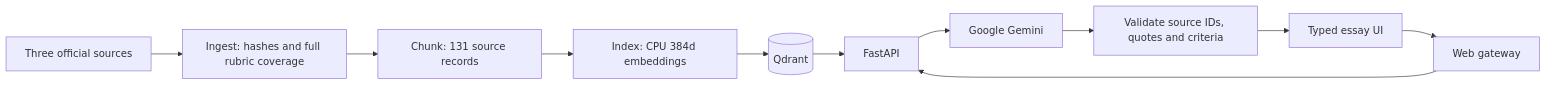
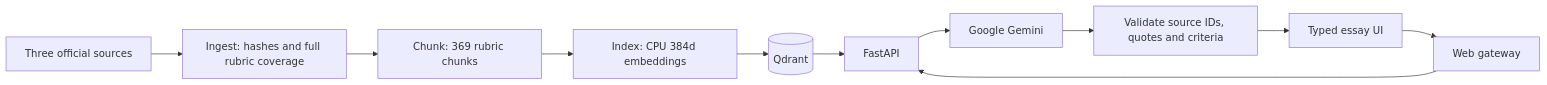
The diagram in README.md (dwcqwcqw/stepwise), drawn with Mermaid before and after one commit. The commit also changed other lines of this file and 15 other files, not shown here.

````diff
--- a/README.md
+++ b/README.md
@@ -36,13 +36,13 @@
 ```mermaid
 flowchart LR
     S[Three official sources] --> I[Ingest: hashes and full rubric coverage]
-    I --> C[Chunk: 131 source records]
+    I --> C[Chunk: 369 rubric chunks]
     C --> V[Index: CPU 384d embeddings]
     V --> Q[(Qdrant)]
     UI[Typed essay UI] --> W[Web gateway]
     W --> A[FastAPI]
     Q --> A
     A --> G[Google Gemini]
     G --> E[Validate source IDs, quotes and criteria]
     E --> UI
 ```
````
